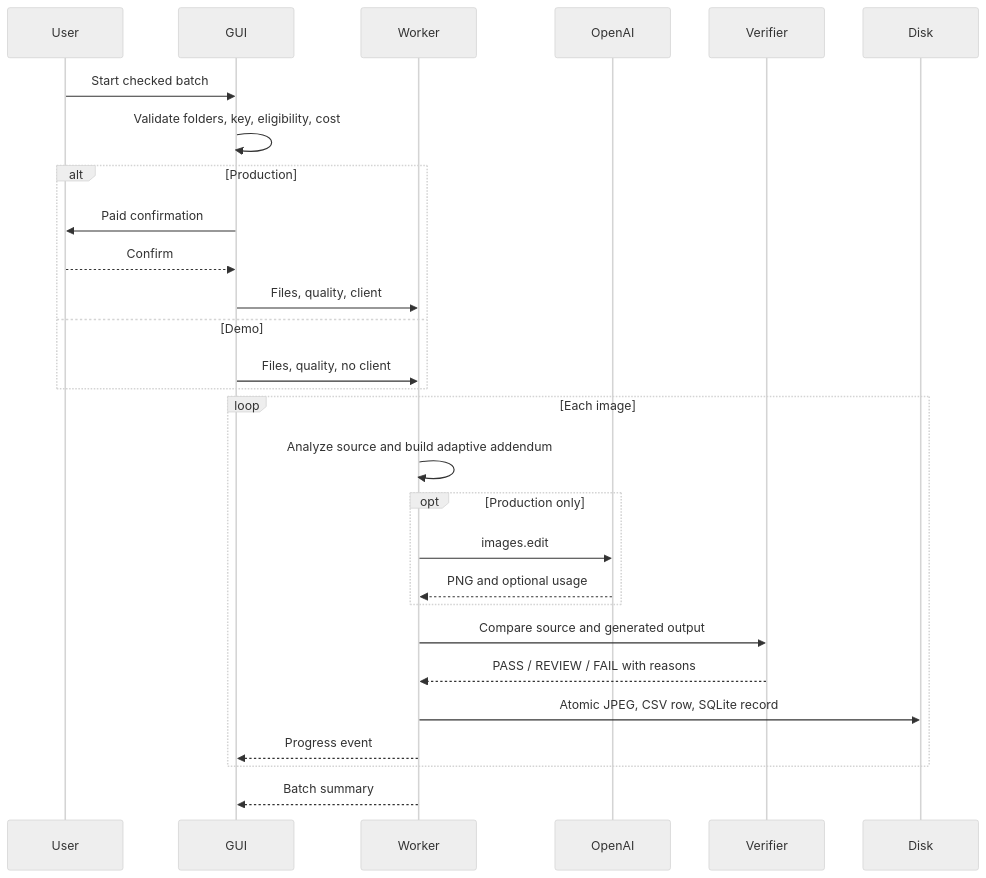
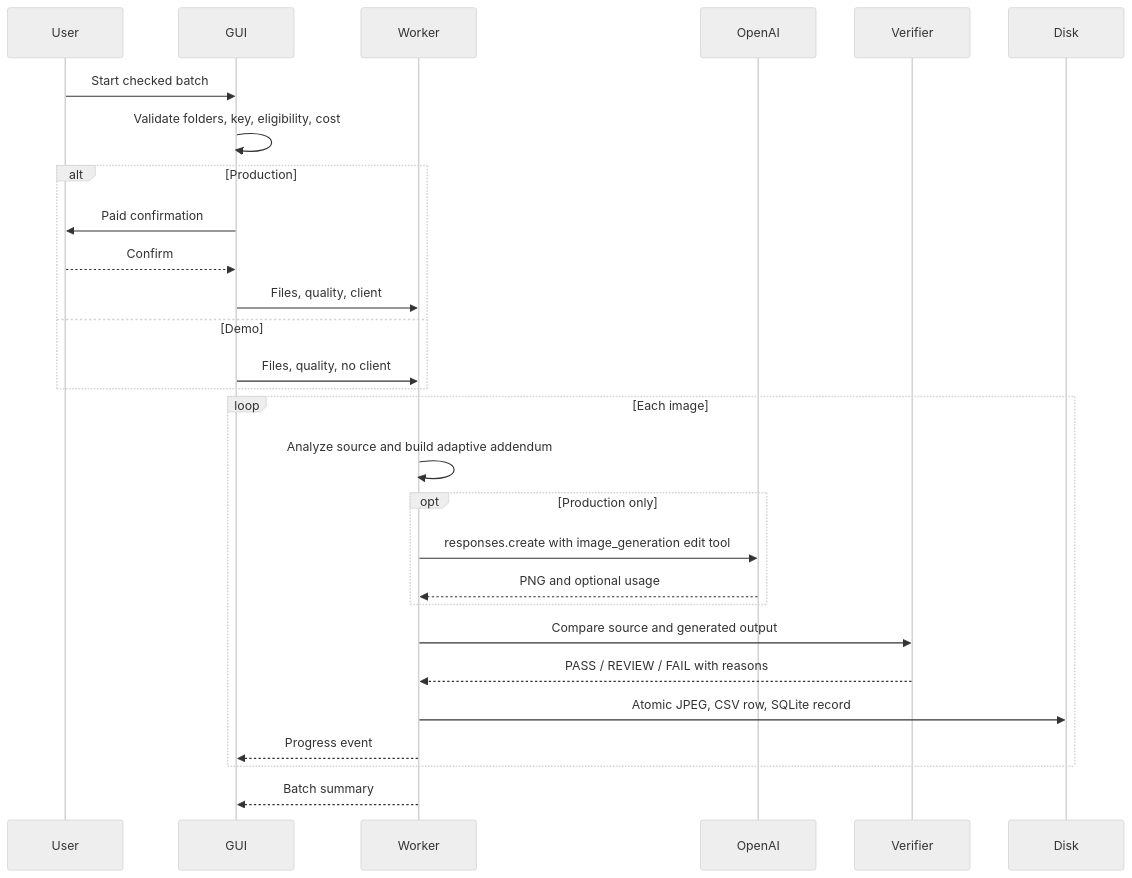
One commit to myestatepics/myestatepics-mls-ai-editor changed the second of 2 diagrams in docs/TECHNICAL_DESIGN.md. Above: the diagram before and after it, drawn with Mermaid (neutral theme). The commit also changed other lines of this file and 6 other files, not shown here.

````diff
--- a/docs/TECHNICAL_DESIGN.md
+++ b/docs/TECHNICAL_DESIGN.md
@@ -53,30 +53,30 @@
 ```mermaid
 sequenceDiagram
     participant U as User
     participant G as GUI
     participant W as Worker
     participant A as OpenAI
     participant V as Verifier
     participant D as Disk
     U->>G: Start checked batch
     G->>G: Validate folders, key, eligibility, cost
     alt Production
         G->>U: Paid confirmation
         U-->>G: Confirm
         G->>W: Files, quality, client
     else Demo
         G->>W: Files, quality, no client
     end
     loop Each image
         W->>W: Analyze source and build adaptive addendum
         opt Production only
-            W->>A: images.edit
+            W->>A: responses.create with image_generation edit tool
             A-->>W: PNG and optional usage
         end
         W->>V: Compare source and generated output
         V-->>W: PASS / REVIEW / FAIL with reasons
         W->>D: Atomic JPEG, CSV row, SQLite record
         W-->>G: Progress event
     end
     W-->>G: Batch summary
 ```
````
